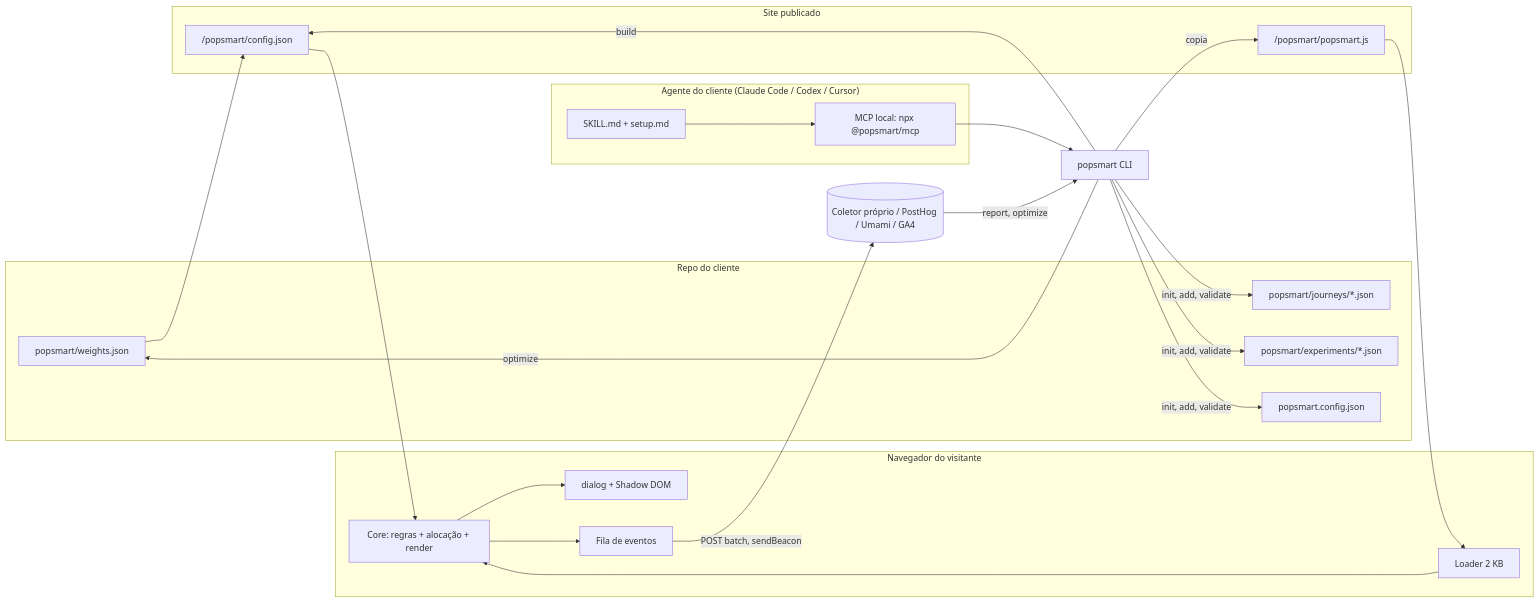
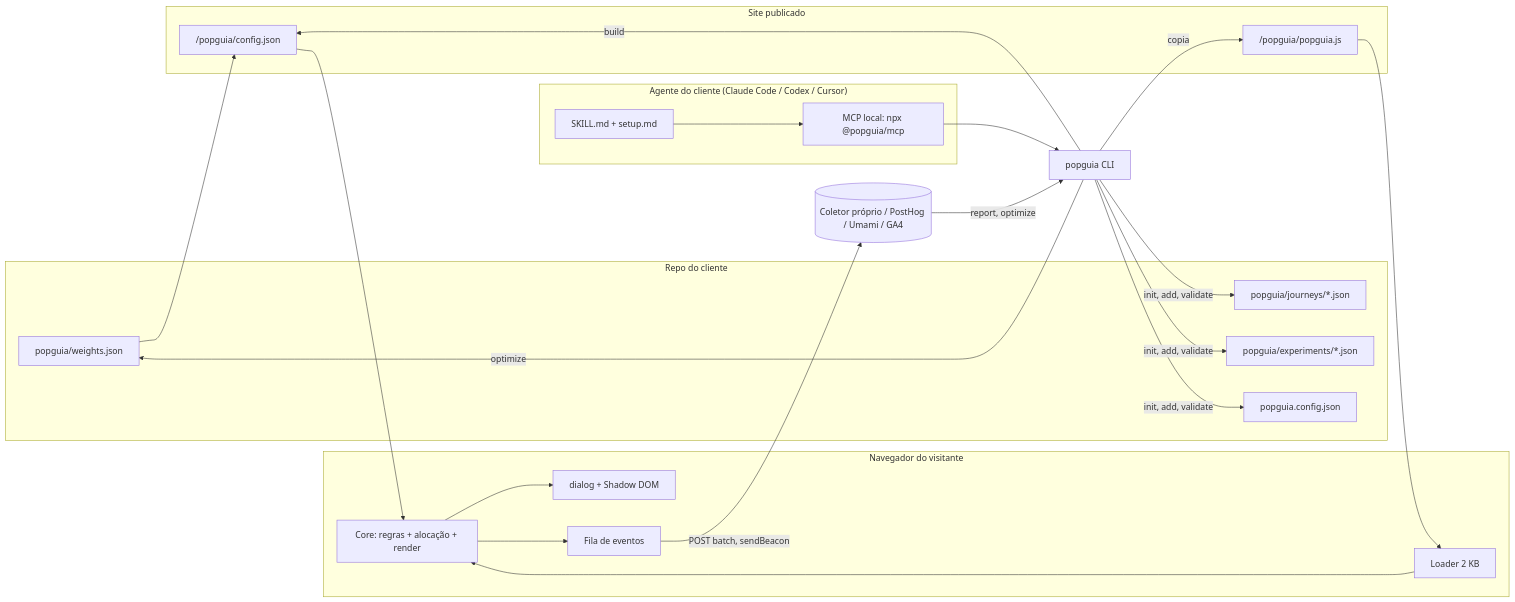
One commit to inematds/popguia changed the diagram in docs/04-arquitetura.md. Above: the diagram before and after it, drawn with Mermaid. The commit also changed other lines of this file and 7 other files, not shown here.

````diff
--- a/docs/04-arquitetura.md
+++ b/docs/04-arquitetura.md
@@ -28,34 +28,34 @@
 ```mermaid
 flowchart LR
   subgraph Cliente["Repo do cliente"]
-    J[popsmart/journeys/*.json]
-    E[popsmart/experiments/*.json]
-    W[popsmart/weights.json]
-    C[popsmart.config.json]
+    J[popguia/journeys/*.json]
+    E[popguia/experiments/*.json]
+    W[popguia/weights.json]
+    C[popguia.config.json]
   end
   subgraph Agente["Agente do cliente (Claude Code / Codex / Cursor)"]
     S[SKILL.md + setup.md]
-    M[MCP local: npx @popsmart/mcp]
+    M[MCP local: npx @popguia/mcp]
   end
-  CLI[popsmart CLI]
+  CLI[popguia CLI]
   subgraph Site["Site publicado"]
-    CFG["/popsmart/config.json"]
-    JS["/popsmart/popsmart.js"]
+    CFG["/popguia/config.json"]
+    JS["/popguia/popguia.js"]
   end
   subgraph Nav["Navegador do visitante"]
     L["Loader 2 KB"] --> CORE["Core: regras + alocação + render"]
     CORE --> D["dialog + Shadow DOM"]
     CORE --> EV["Fila de eventos"]
   end
   SINK[("Coletor próprio / PostHog / Umami / GA4")]
   S --> M --> CLI
   CLI -- "init, add, validate" --> J & E & C
   CLI -- "build" --> CFG
   CLI -- "copia" --> JS
   JS --> L
   CFG --> CORE
   W --> CFG
   EV -- "POST batch, sendBeacon" --> SINK
   SINK -- "report, optimize" --> CLI
   CLI -- "optimize" --> W
 ```
````
